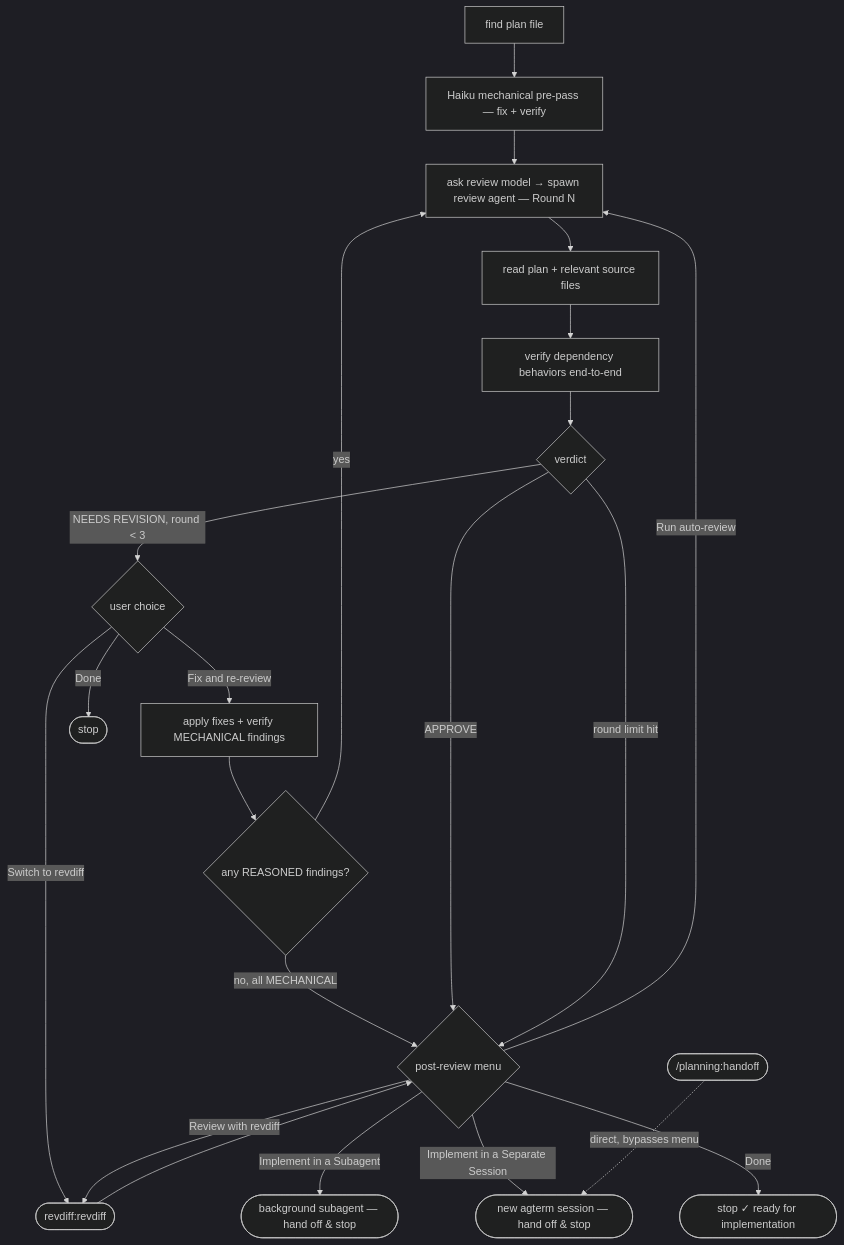
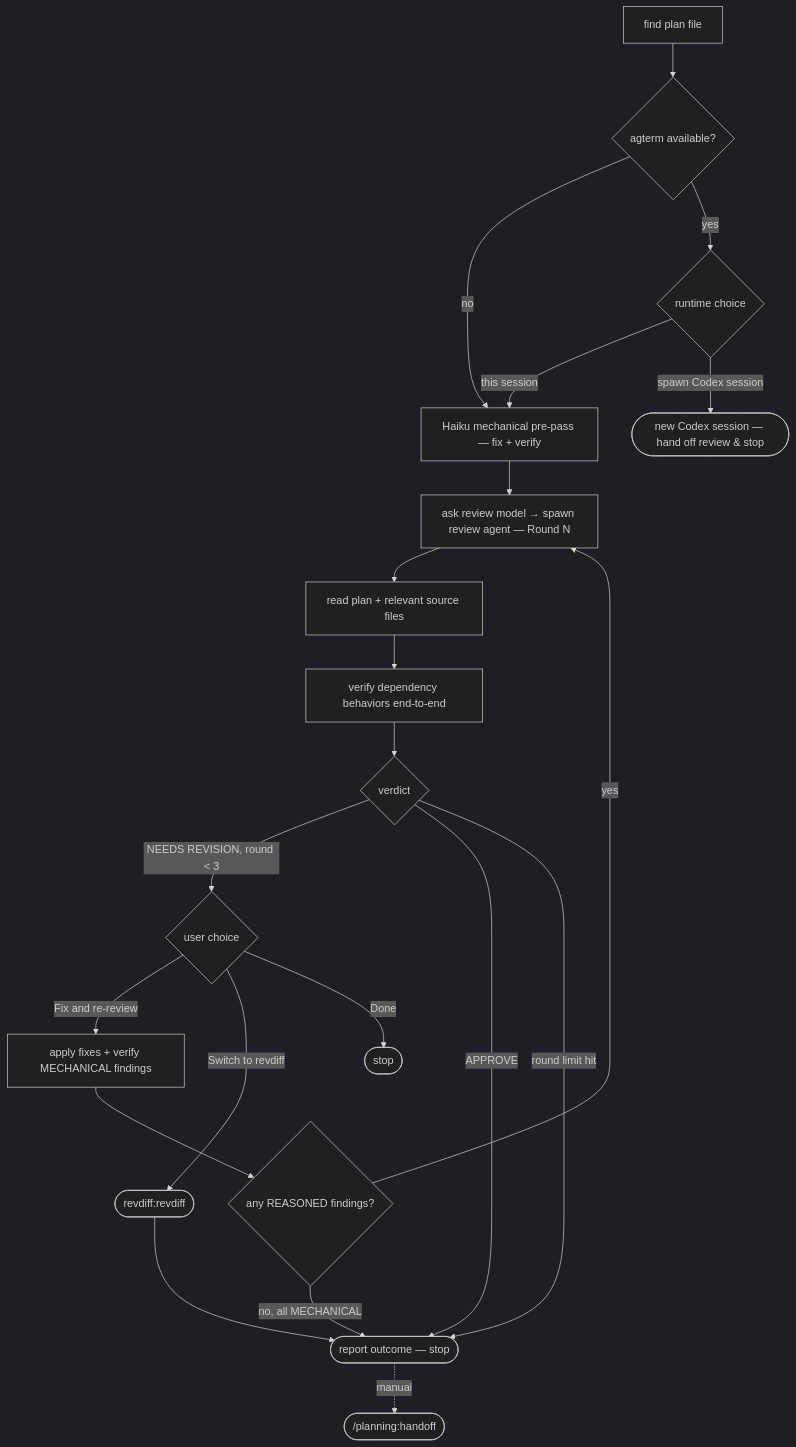
Before and after one commit to parMaster/claude-dlc: the third of 4 diagrams in README.md, drawn with Mermaid (dark theme). The commit also changed other lines of this file and 11 other files, not shown here.

First line of the commit message:
feat(planning): let review-plan hand off to a Codex session, drop stale menus

````diff
--- a/README.md
+++ b/README.md
@@ -115,24 +112,23 @@
 ```mermaid
 flowchart TD
-    A["find plan file"] --> A2["Haiku mechanical pre-pass — fix + verify"]
+    A["find plan file"] --> A1{"agterm available?"}
+    A1 -->|no| A2["Haiku mechanical pre-pass — fix + verify"]
+    A1 -->|yes| A15{"runtime choice"}
+    A15 -->|"this session"| A2
+    A15 -->|"spawn Codex session"| CX(["new Codex session — hand off review & stop"])
     A2 --> B["ask review model → spawn review agent — Round N"]
     B --> C["read plan + relevant source files"]
     C --> D["verify dependency behaviors end-to-end"]
     D --> E{"verdict"}
     E -->|"NEEDS REVISION, round < 3"| G{"user choice"}
     G -->|"Fix and re-review"| H["apply fixes + verify MECHANICAL findings"]
     H --> H2{"any REASONED findings?"}
     H2 -->|yes| B
     H2 -->|"no, all MECHANICAL"| M
     G -->|"Switch to revdiff"| RD(["revdiff:revdiff"])
     G -->|Done| STOP(["stop"])
-    E -->|APPROVE| M{"post-review menu"}
+    E -->|APPROVE| M(["report outcome — stop"])
     E -->|"round limit hit"| M
-    M -->|"Run auto-review"| B
-    M -->|"Review with revdiff"| RD
     RD --> M
-    M -->|"Implement in a Subagent"| SUB(["background subagent — hand off & stop"])
-    M -->|"Implement in a Separate Session"| SESS(["new agterm session — hand off & stop"])
-    M -->|Done| STOP2(["stop ✓ ready for implementation"])
-    EXT(["/planning:handoff"]) -.->|direct, bypasses menu| SESS
+    M -.->|manual| SESS(["/planning:handoff"])
 ```
````
